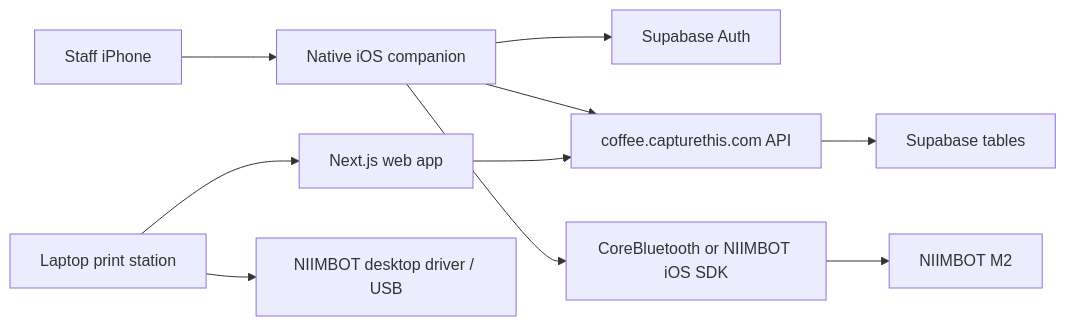
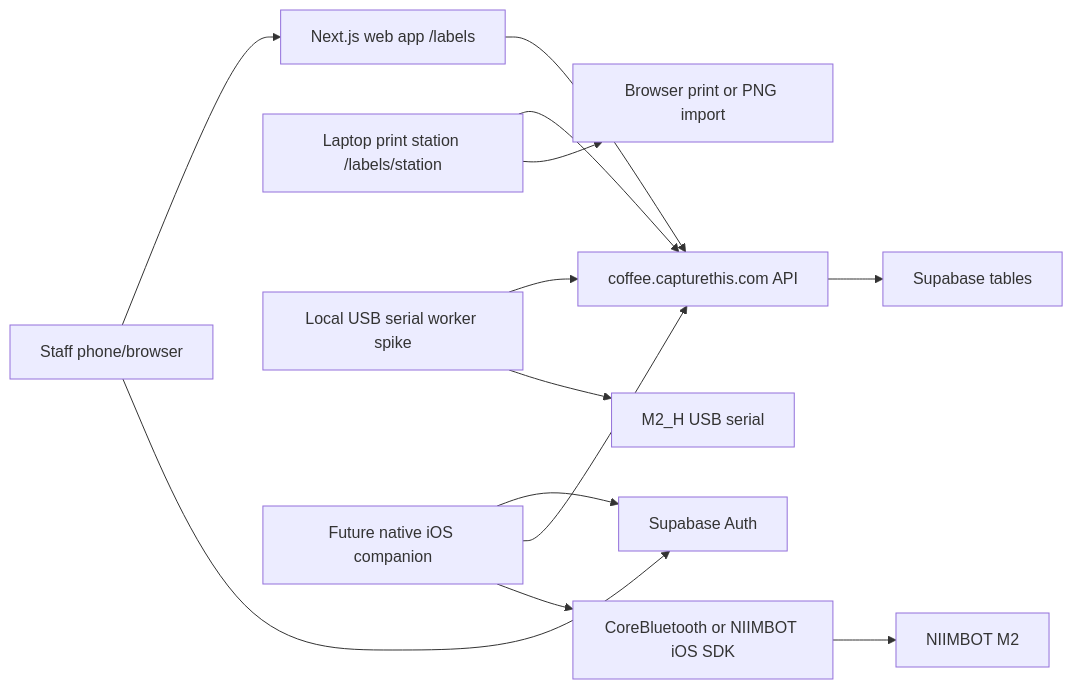
One commit to coltonbatts/capturethiscoffee changed the diagram in docs/label-printing-architecture.md. Above: the diagram before and after it, drawn with Mermaid. The commit also changed other lines of this file and 15 other files, not shown here.

Commit message:
Add USB label station print path

````diff
--- a/docs/label-printing-architecture.md
+++ b/docs/label-printing-architecture.md
@@ -28,12 +29,15 @@
 ```mermaid
 flowchart LR
-  Staff["Staff iPhone"] --> IOS["Native iOS companion"]
-  IOS --> Auth["Supabase Auth"]
-  IOS --> API["coffee.capturethis.com API"]
+  Staff["Staff phone/browser"] --> Web["Next.js web app /labels"]
+  Staff --> Auth["Supabase Auth"]
+  Web --> API["coffee.capturethis.com API"]
   API --> DB["Supabase tables"]
-  Web["Next.js web app"] --> API
-  Station["Laptop print station"] --> Web
-  Station --> Driver["NIIMBOT desktop driver / USB"]
+  Station["Laptop print station /labels/station"] --> API
+  Station --> Driver["Browser print or PNG import"]
+  Worker["Local USB serial worker spike"] --> API
+  Worker --> USB["M2_H USB serial"]
+  IOS["Future native iOS companion"] --> Auth
+  IOS --> API
   IOS --> BLE["CoreBluetooth or NIIMBOT iOS SDK"]
   BLE --> M2["NIIMBOT M2"]
 ```
````
